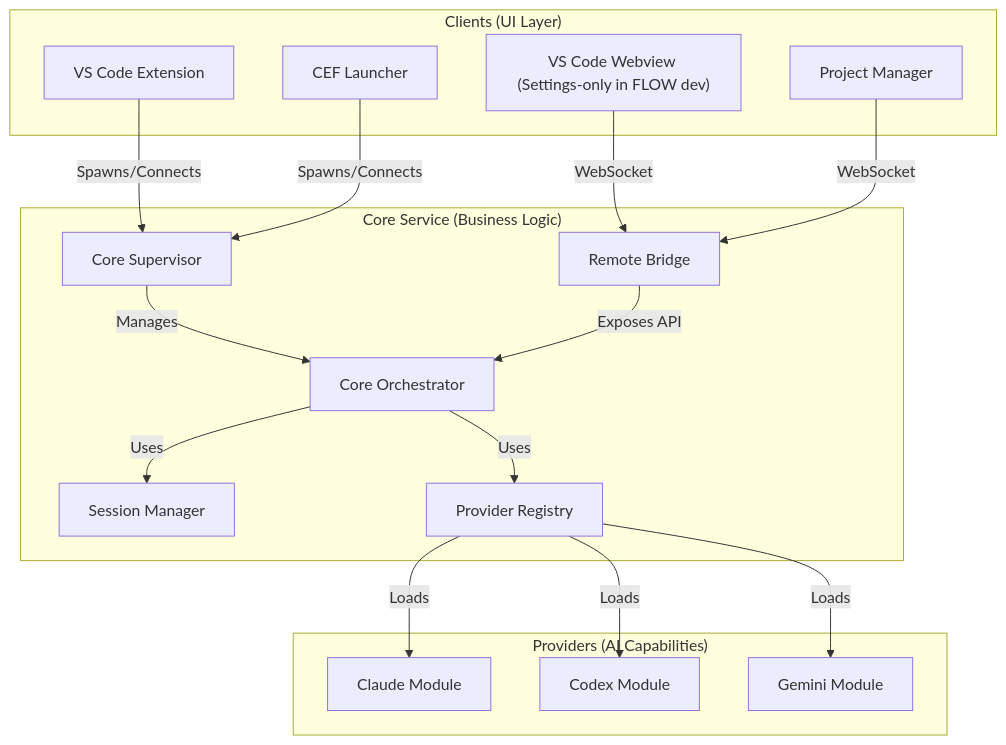
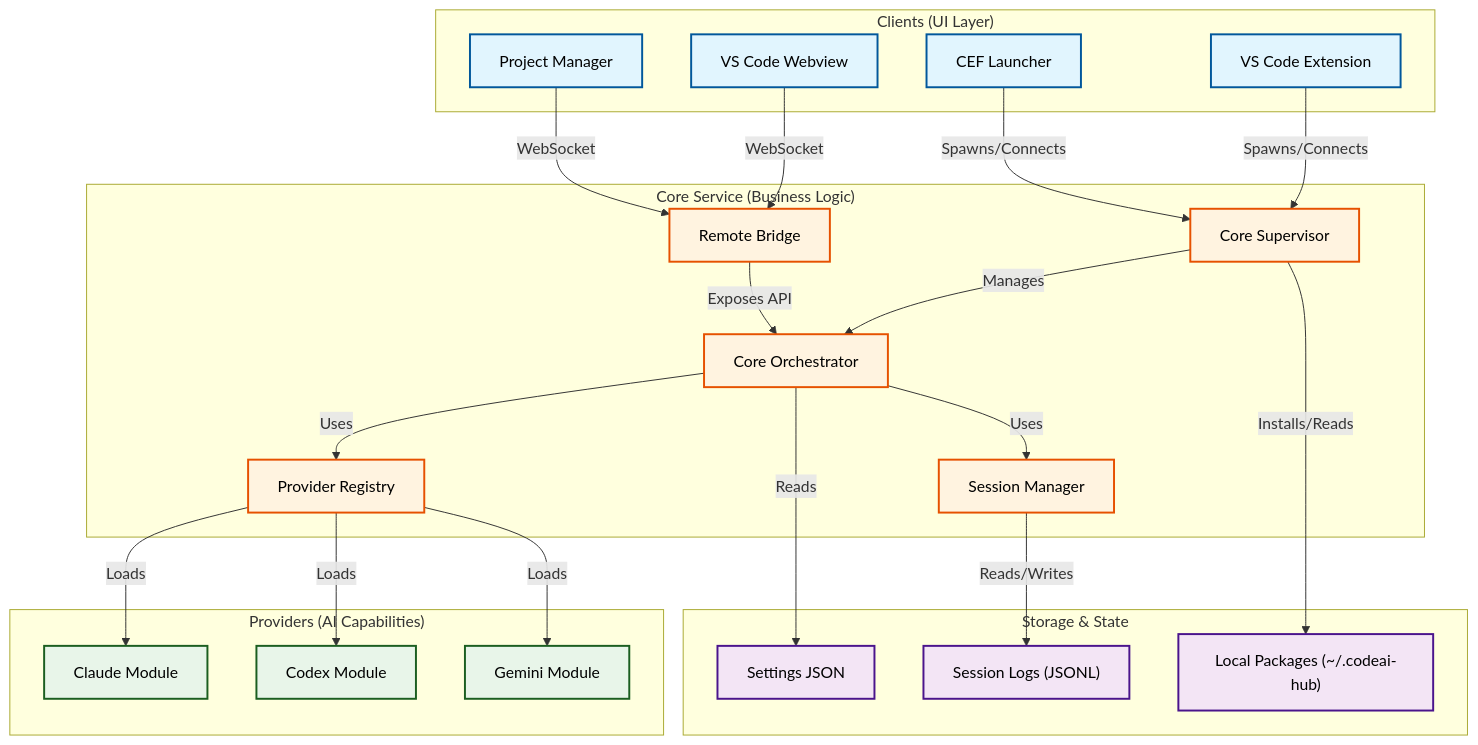
Before and after one commit to OleynikAleksandr/CodeAI-Hub: the diagram in doc/SolidWorks-Flow/System/SystemArchitecture.md, drawn with Mermaid. The commit also changed other lines of this file and 60 other files, not shown here.

````diff
--- a/doc/SolidWorks-Flow/System/SystemArchitecture.md
+++ b/doc/SolidWorks-Flow/System/SystemArchitecture.md
@@ -37,40 +39,62 @@
 ```mermaid
 graph TD
     subgraph "Clients (UI Layer)"
         VSCode["VS Code Extension"]
         Launcher["CEF Launcher"]
-        Webview["VS Code Webview (Settings-only in FLOW dev)"]
+        Webview["VS Code Webview"]
         ProjectManager["Project Manager"]
     end
 
     subgraph "Core Service (Business Logic)"
         Orchestrator["Core Orchestrator"]
         Supervisor["Core Supervisor"]
         Bridge["Remote Bridge"]
         SessionMgr["Session Manager"]
         Registry["Provider Registry"]
     end
 
     subgraph "Providers (AI Capabilities)"
         Claude["Claude Module"]
         Codex["Codex Module"]
         Gemini["Gemini Module"]
+    end
+
+    subgraph "Storage & State"
+        Settings["Settings JSON"]
+        Sessions["Session Logs (JSONL)"]
+        Packages["Local Packages (~/.codeai-hub)"]
     end
 
     %% Client Connections
     VSCode -->|Spawns/Connects| Supervisor
     Launcher -->|Spawns/Connects| Supervisor
     Webview -->|WebSocket| Bridge
     ProjectManager -->|WebSocket| Bridge
 
     %% Core Internal Flow
     Supervisor -->|Manages| Orchestrator
     Orchestrator -->|Uses| SessionMgr
     Orchestrator -->|Uses| Registry
     Bridge -->|Exposes API| Orchestrator
 
     %% Provider Connections
     Registry -->|Loads| Claude
     Registry -->|Loads| Codex
     Registry -->|Loads| Gemini
+
+    %% Data Flow
+    SessionMgr -->|Reads/Writes| Sessions
+    Orchestrator -->|Reads| Settings
+    Supervisor -->|Installs/Reads| Packages
+    
+    %% Styling
+    classDef client fill:#e1f5fe,stroke:#01579b,stroke-width:2px,color:#000;
+    classDef core fill:#fff3e0,stroke:#e65100,stroke-width:2px,color:#000;
+    classDef provider fill:#e8f5e9,stroke:#1b5e20,stroke-width:2px,color:#000;
+    classDef storage fill:#f3e5f5,stroke:#4a148c,stroke-width:2px,color:#000;
+
+    class VSCode,Launcher,Webview,ProjectManager client;
+    class Orchestrator,Supervisor,Bridge,SessionMgr,Registry core;
+    class Claude,Codex,Gemini provider;
+    class Settings,Sessions,Packages storage;
 ```
````
